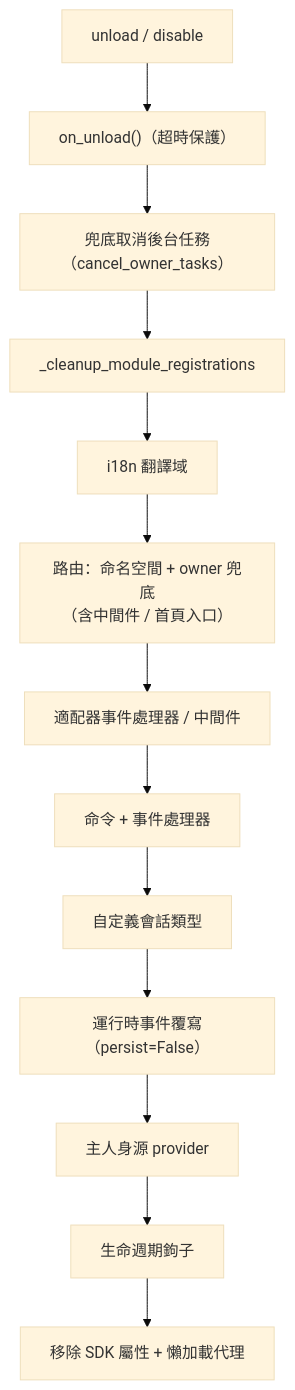
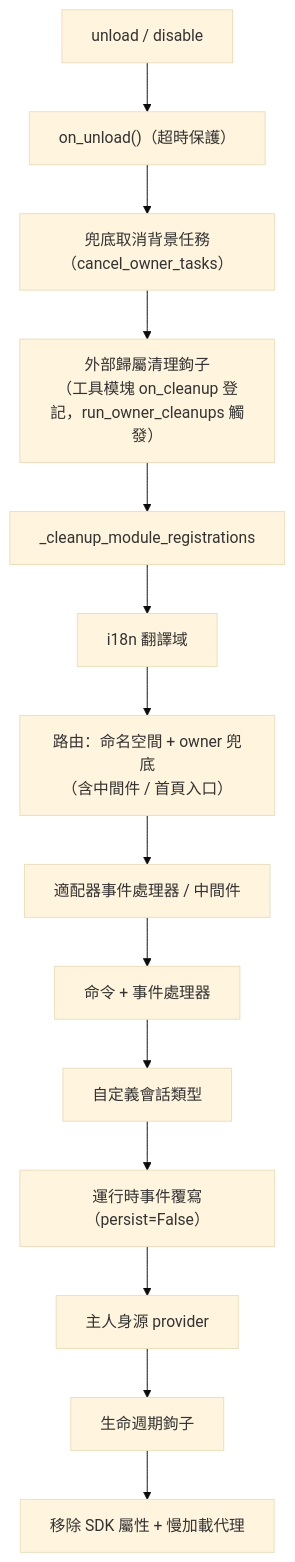
The diagram in docs/zh-TW/advanced/ownership.md (ErisPulse/ErisPulse), drawn with Mermaid (base theme) before and after one commit. The commit also changed other lines of this file and 39 other files, not shown here.

````diff
--- a/docs/zh-TW/advanced/ownership.md
+++ b/docs/zh-TW/advanced/ownership.md
@@ -78,15 +80,16 @@
 ```mermaid
 flowchart TD
     A["unload / disable"] --> B["on_unload()（超時保護）"]
-    B --> C["兜底取消後台任務（cancel_owner_tasks）"]
-    C --> D["_cleanup_module_registrations"]
+    B --> C["兜底取消背景任務（cancel_owner_tasks）"]
+    C --> C1["外部歸屬清理鉤子<br/>（工具模塊 on_cleanup 登記，run_owner_cleanups 觸發）"]
+    C1 --> D["_cleanup_module_registrations"]
     D --> D1["i18n 翻譯域"]
     D1 --> D2["路由：命名空間 + owner 兜底<br/>（含中間件 / 首頁入口）"]
     D2 --> D3["適配器事件處理器 / 中間件"]
     D3 --> D4["命令 + 事件處理器"]
     D4 --> D5["自定義會話類型"]
     D5 --> D6["運行時事件覆寫（persist=False）"]
     D6 --> D7["主人身源 provider"]
     D7 --> D8["生命週期鉤子"]
-    D8 --> E["移除 SDK 屬性 + 懶加載代理"]
+    D8 --> E["移除 SDK 屬性 + 慢加載代理"]
 ```
````
